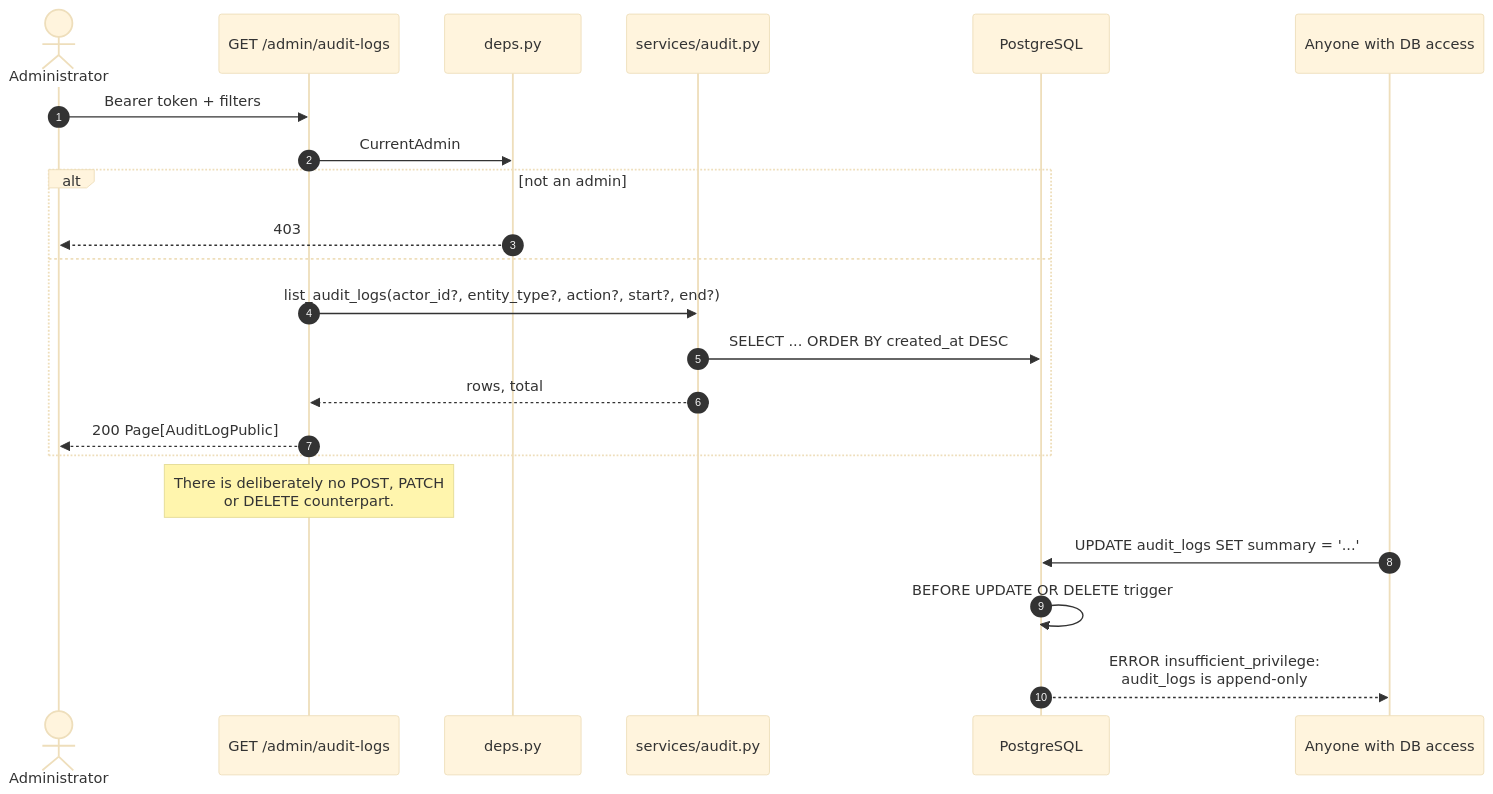
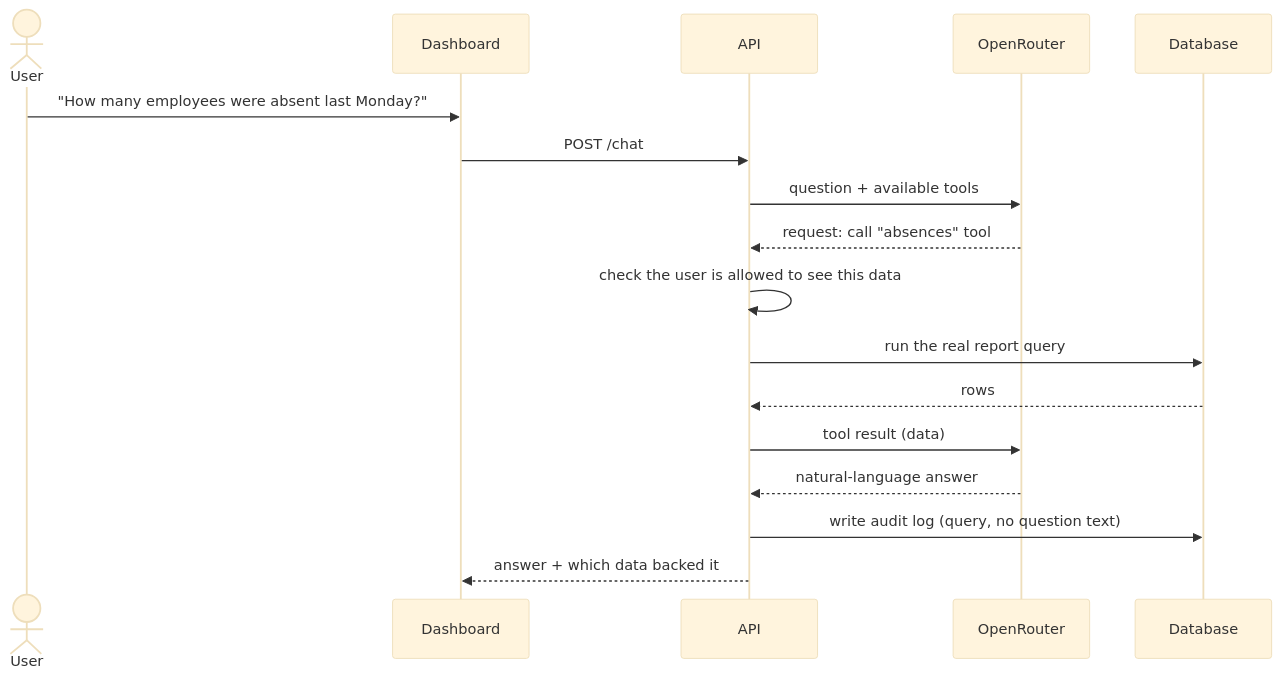
The third of 3 diagrams in docs/diagrams/sequence-diagrams.md (Tanuj26Rajput/attendance-management-platform), drawn with Mermaid (base theme) before and after one commit. The commit also changed other lines of this file and 7 other files, not shown here.

Commit message:
updated diagrams

````diff
--- a/docs/diagrams/sequence-diagrams.md
+++ b/docs/diagrams/sequence-diagrams.md
@@ -349,27 +50,20 @@
 ```mermaid
 sequenceDiagram
-    autonumber
-    actor AD as Administrator
-    participant R as GET /admin/audit-logs
-    participant D as deps.py
-    participant AU as services/audit.py
-    participant DB as PostgreSQL
-    participant X as Anyone with DB access
+    actor U as User
+    participant S as Dashboard
+    participant API as API
+    participant LLM as OpenRouter
+    participant DB as Database
 
-    AD->>R: Bearer token + filters
-    R->>D: CurrentAdmin
-    alt not an admin
-        D-->>AD: 403
-    else
-        R->>AU: list_audit_logs(actor_id?, entity_type?, action?, start?, end?)
-        AU->>DB: SELECT ... ORDER BY created_at DESC
-        AU-->>R: rows, total
-        R-->>AD: 200 Page[AuditLogPublic]
-    end
-
-    Note over R: There is deliberately no POST, PATCH<br/>or DELETE counterpart.
-
-    X->>DB: UPDATE audit_logs SET summary = '...'
-    DB->>DB: BEFORE UPDATE OR DELETE trigger
-    DB-->>X: ERROR insufficient_privilege:<br/>audit_logs is append-only
+    U->>S: "How many employees were absent last Monday?"
+    S->>API: POST /chat
+    API->>LLM: question + available tools
+    LLM-->>API: request: call "absences" tool
+    API->>API: check the user is allowed to see this data
+    API->>DB: run the real report query
+    DB-->>API: rows
+    API->>LLM: tool result (data)
+    LLM-->>API: natural-language answer
+    API->>DB: write audit log (query, no question text)
+    API-->>S: answer + which data backed it
 ```
````
